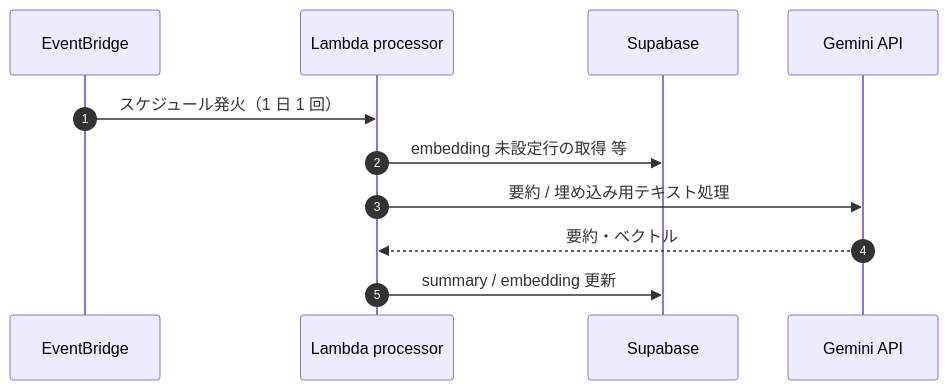
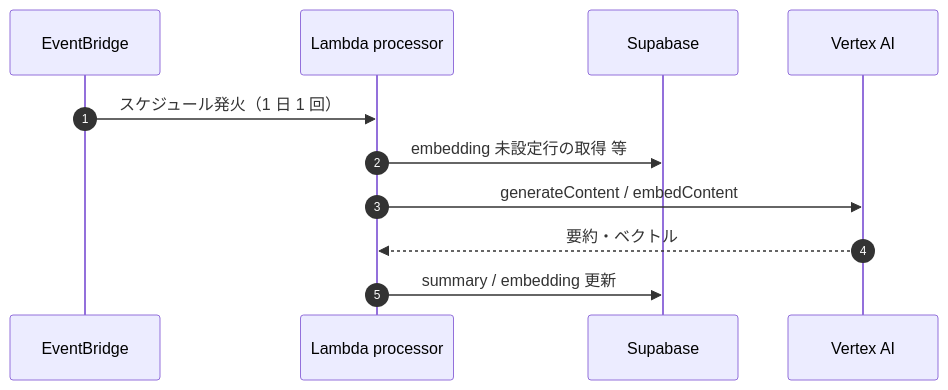
One commit to YoshimuraKoei/koei-clone changed the fifth of 10 diagrams in ARCHITECTURE.md. Above: the diagram before and after it, drawn with Mermaid. The commit also changed other lines of this file and 12 other files, not shown here.

````diff
--- a/ARCHITECTURE.md
+++ b/ARCHITECTURE.md
@@ -109,14 +117,14 @@
 ```mermaid
 sequenceDiagram
   autonumber
   participant EB as EventBridge
   participant Lambda as Lambda processor
   participant SB as Supabase
-  participant Gemini as Gemini API
+  participant Vertex as Vertex AI
 
   EB->>Lambda: スケジュール発火（1 日 1 回）
   Lambda->>SB: embedding 未設定行の取得 等
-  Lambda->>Gemini: 要約 / 埋め込み用テキスト処理
-  Gemini-->>Lambda: 要約・ベクトル
+  Lambda->>Vertex: generateContent / embedContent
+  Vertex-->>Lambda: 要約・ベクトル
   Lambda->>SB: summary / embedding 更新
 ```
````
